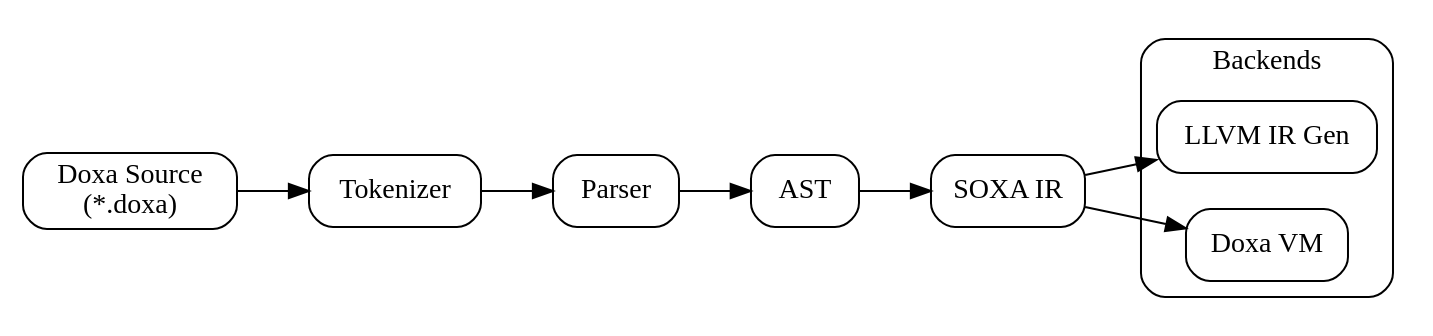
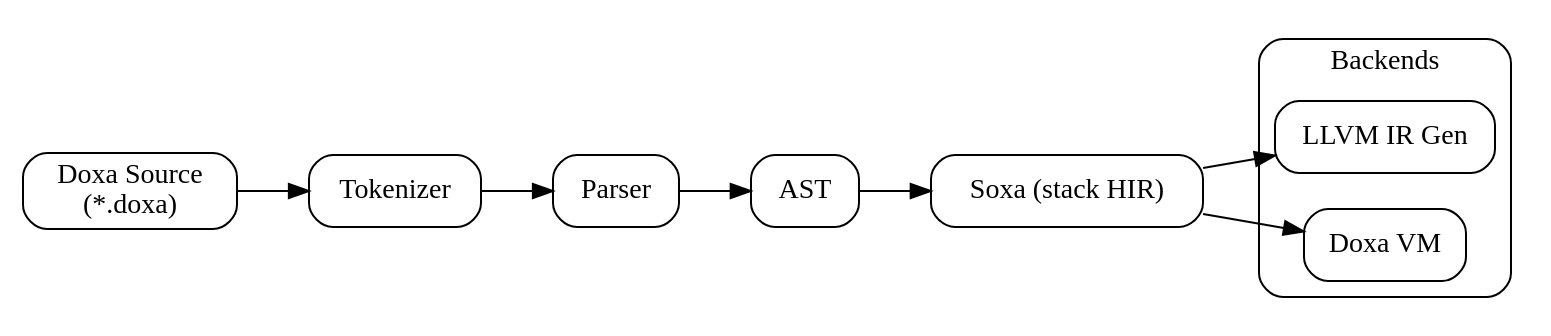
Before and after one commit to mirror-shades/doxa: the diagram in pipeline.dot, drawn with Graphviz. The commit also changed 2 other files, not shown here.

```diff
--- a/pipeline.dot
+++ b/pipeline.dot
@@ -1,25 +1,25 @@
 digraph DoxaPipeline {
     rankdir=LR;
     node [shape=box, style="rounded"];
 
     doxa [label="Doxa Source\n(*.doxa)"];
     tokenizer [label="Tokenizer"];
     parser [label="Parser"];
     ast [label="AST"];
-    soxa [label="SOXA IR"];
+    soxa [label="Soxa (stack HIR)"];
     
     subgraph cluster_backends {
         label = "Backends";
         style = "rounded";
         
         llvm [label="LLVM IR Gen"];
         vm [label="Doxa VM"];
     }
 
     doxa -> tokenizer;
     tokenizer -> parser;
     parser -> ast;
     ast -> soxa;
     soxa -> llvm;
     soxa -> vm;
 }
```
